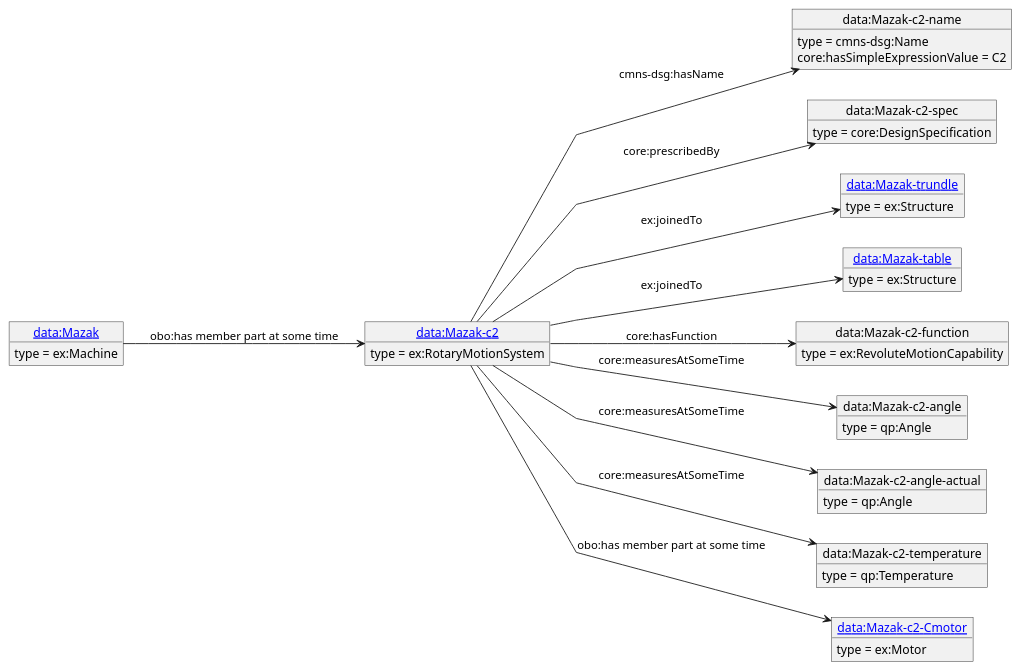
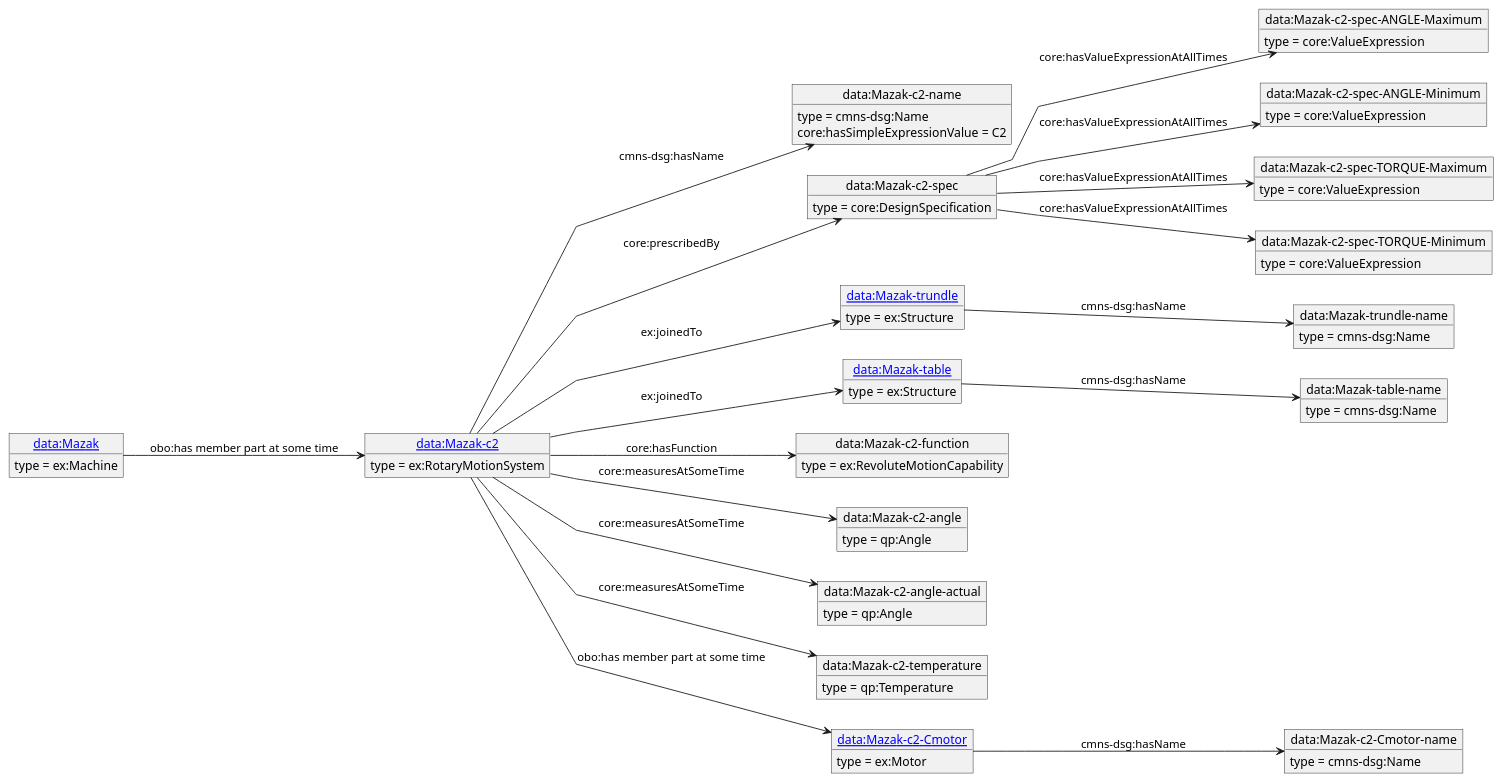
Before and after one commit to iofoundry/example-syseng-mtconnect: the diagram in diagrams/Mazak-c2.puml, drawn with PlantUML. The commit also changed 162 other files, not shown here.

```diff
--- a/diagrams/Mazak-c2.puml
+++ b/diagrams/Mazak-c2.puml
@@ -1,48 +1,76 @@
 @startuml
 skinparam linetype polyline
 left to right direction
 object "[[./Mazak-c2.html data:Mazak-c2]]" as o1 {
  type = ex:RotaryMotionSystem
  }
 object "data:Mazak-c2-name" as o2 {
  type = cmns-dsg:Name
  }
 object "data:Mazak-c2-spec" as o3 {
  type = core:DesignSpecification
  }
-object "[[./Mazak-trundle.html data:Mazak-trundle]]" as o4 {
+object "data:Mazak-c2-spec-ANGLE-Maximum" as o4 {
+ type = core:ValueExpression
+ }
+object "data:Mazak-c2-spec-ANGLE-Minimum" as o5 {
+ type = core:ValueExpression
+ }
+object "data:Mazak-c2-spec-TORQUE-Maximum" as o6 {
+ type = core:ValueExpression
+ }
+object "data:Mazak-c2-spec-TORQUE-Minimum" as o7 {
+ type = core:ValueExpression
+ }
+object "[[./Mazak-trundle.html data:Mazak-trundle]]" as o8 {
  type = ex:Structure
  }
-object "[[./Mazak-table.html data:Mazak-table]]" as o5 {
+object "data:Mazak-trundle-name" as o9 {
+ type = cmns-dsg:Name
+ }
+object "[[./Mazak-table.html data:Mazak-table]]" as o10 {
  type = ex:Structure
  }
-object "data:Mazak-c2-function" as o6 {
+object "data:Mazak-table-name" as o11 {
+ type = cmns-dsg:Name
+ }
+object "data:Mazak-c2-function" as o12 {
  type = ex:RevoluteMotionCapability
  }
-object "data:Mazak-c2-angle" as o7 {
+object "data:Mazak-c2-angle" as o13 {
  type = qp:Angle
  }
-object "data:Mazak-c2-angle-actual" as o8 {
+object "data:Mazak-c2-angle-actual" as o14 {
  type = qp:Angle
  }
-object "data:Mazak-c2-temperature" as o9 {
+object "data:Mazak-c2-temperature" as o15 {
  type = qp:Temperature
  }
-object "[[./Mazak-c2-Cmotor.html data:Mazak-c2-Cmotor]]" as o10 {
+object "[[./Mazak-c2-Cmotor.html data:Mazak-c2-Cmotor]]" as o16 {
  type = ex:Motor
  }
-object "[[./Mazak.html data:Mazak]]" as o11 {
+object "data:Mazak-c2-Cmotor-name" as o17 {
+ type = cmns-dsg:Name
+ }
+object "[[./Mazak.html data:Mazak]]" as o18 {
  type = ex:Machine
  }
 o1 --> o2 : cmns-dsg:hasName
 o2 : core:hasSimpleExpressionValue = C2
 o1 --> o3 : core:prescribedBy
-o1 --> o4 : ex:joinedTo
-o1 --> o5 : ex:joinedTo
-o1 --> o6 : core:hasFunction
-o1 --> o7 : core:measuresAtSomeTime
-o1 --> o8 : core:measuresAtSomeTime
-o1 --> o9 : core:measuresAtSomeTime
-o1 --> o10 : obo:has member part at some time
-o11 --> o1 : obo:has member part at some time
+o3 --> o4 : core:hasValueExpressionAtAllTimes
+o3 --> o5 : core:hasValueExpressionAtAllTimes
+o3 --> o6 : core:hasValueExpressionAtAllTimes
+o3 --> o7 : core:hasValueExpressionAtAllTimes
+o1 --> o8 : ex:joinedTo
+o8 --> o9 : cmns-dsg:hasName
+o1 --> o10 : ex:joinedTo
+o10 --> o11 : cmns-dsg:hasName
+o1 --> o12 : core:hasFunction
+o1 --> o13 : core:measuresAtSomeTime
+o1 --> o14 : core:measuresAtSomeTime
+o1 --> o15 : core:measuresAtSomeTime
+o1 --> o16 : obo:has member part at some time
+o16 --> o17 : cmns-dsg:hasName
+o18 --> o1 : obo:has member part at some time
 @enduml
```
